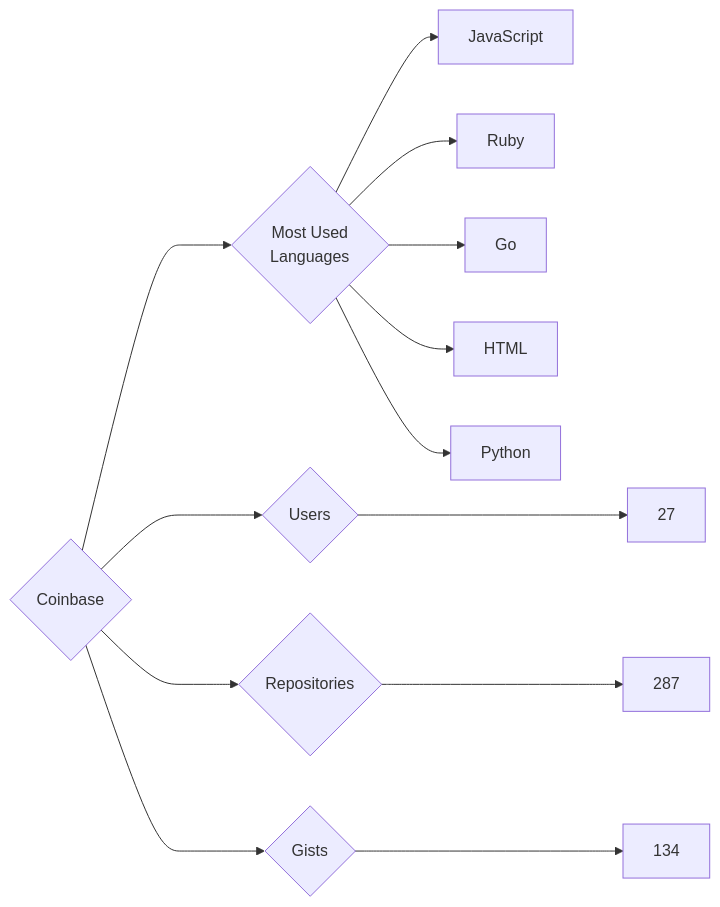
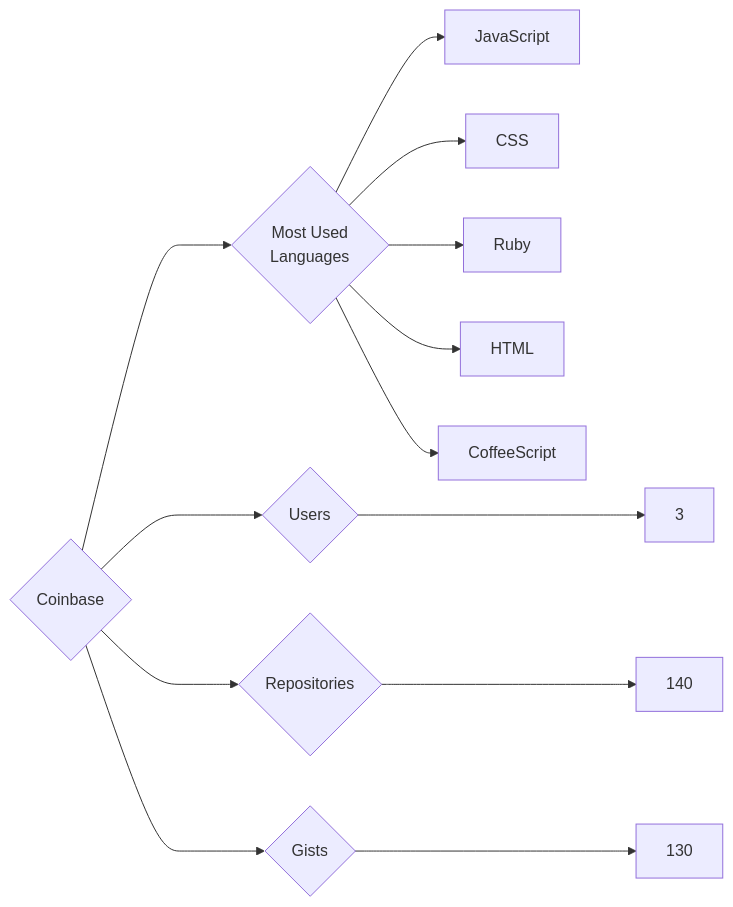
Before and after one commit to trickest/insiders: the diagram in targets/Coinbase/README.md, drawn with Mermaid. The commit also changed 951 other files, not shown here.

````diff
--- a/targets/Coinbase/README.md
+++ b/targets/Coinbase/README.md
@@ -3,13 +3,13 @@
 ```mermaid
 graph LR
 COMPANY_NAME{Coinbase}
-COMPANY_NAME ---> U{Users} ---> UN[27]
-COMPANY_NAME ---> R{Repositories} ---> RN[287]
-COMPANY_NAME ---> G{Gists} ---> GN[134]
+COMPANY_NAME ---> U{Users} ---> UN[3]
+COMPANY_NAME ---> R{Repositories} ---> RN[140]
+COMPANY_NAME ---> G{Gists} ---> GN[130]
 COMPANY_NAME ---> ML{Most Used<br>Languages}
-ML --> JavaScript
-ML --> Ruby
-ML --> Go
-ML --> HTML
-ML --> Python
+ML --> JavaScript[JavaScript]
+ML --> CSS[CSS]
+ML --> Ruby[Ruby]
+ML --> HTML[HTML]
+ML --> CoffeeScript[CoffeeScript]
 ```
````
